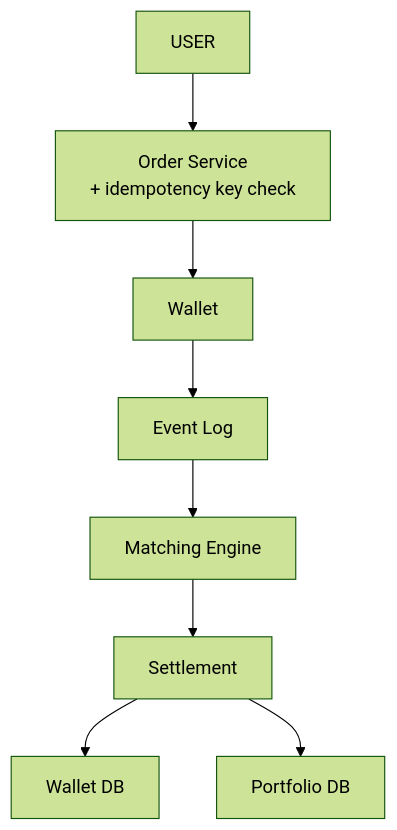
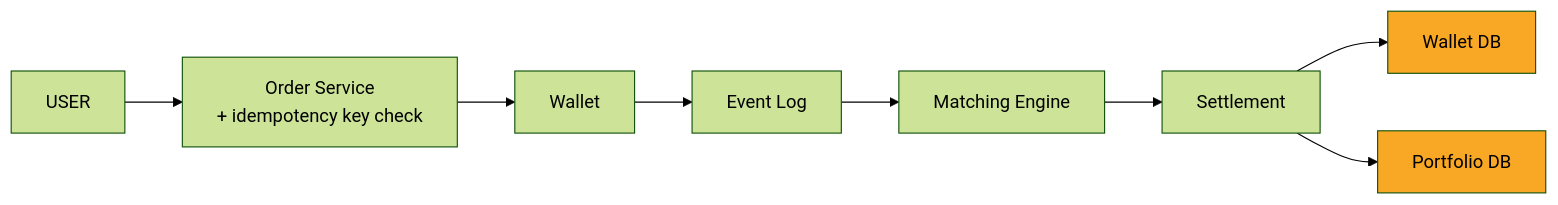
Before and after one commit to ArpanMaheshwari144/Prep: the eighth of 10 diagrams in 04_HLD/SYSTEM_DESIGNS/05_stock_broker_trading/05_stock_broker_trading.md, drawn with Mermaid (forest theme). The commit also changed other lines of this file, not shown here.

Commit message:
stock: diagrams left to right, new box highlighted

````diff
--- a/04_HLD/SYSTEM_DESIGNS/05_stock_broker_trading/05_stock_broker_trading.md
+++ b/04_HLD/SYSTEM_DESIGNS/05_stock_broker_trading/05_stock_broker_trading.md
@@ -331,18 +338,20 @@
 ```mermaid
-flowchart TD
+flowchart LR
     n_USER["USER"]
     n_Order_Service["Order Service<br/>+ idempotency key check"]
     n_Wallet["Wallet"]
     n_Event_Log["Event Log"]
     n_Matching_Engine["Matching Engine"]
     n_Settlement["Settlement"]
     n_Wallet_DB["Wallet DB"]
     n_Portfolio_DB["Portfolio DB"]
     n_USER --> n_Order_Service
     n_Order_Service --> n_Wallet
     n_Wallet --> n_Event_Log
     n_Event_Log --> n_Matching_Engine
     n_Matching_Engine --> n_Settlement
     n_Settlement --> n_Wallet_DB
     n_Settlement --> n_Portfolio_DB
+    style n_Wallet_DB fill:#f9a825,color:#000
+    style n_Portfolio_DB fill:#f9a825,color:#000
 ```
````
